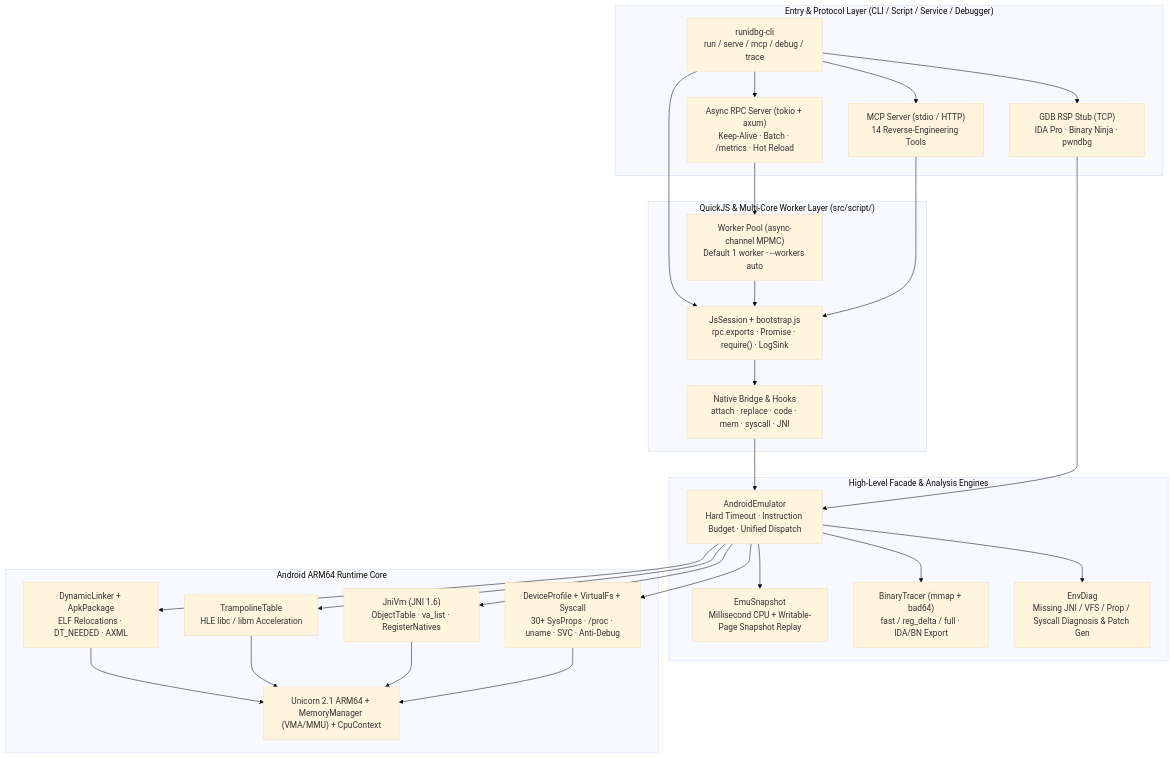
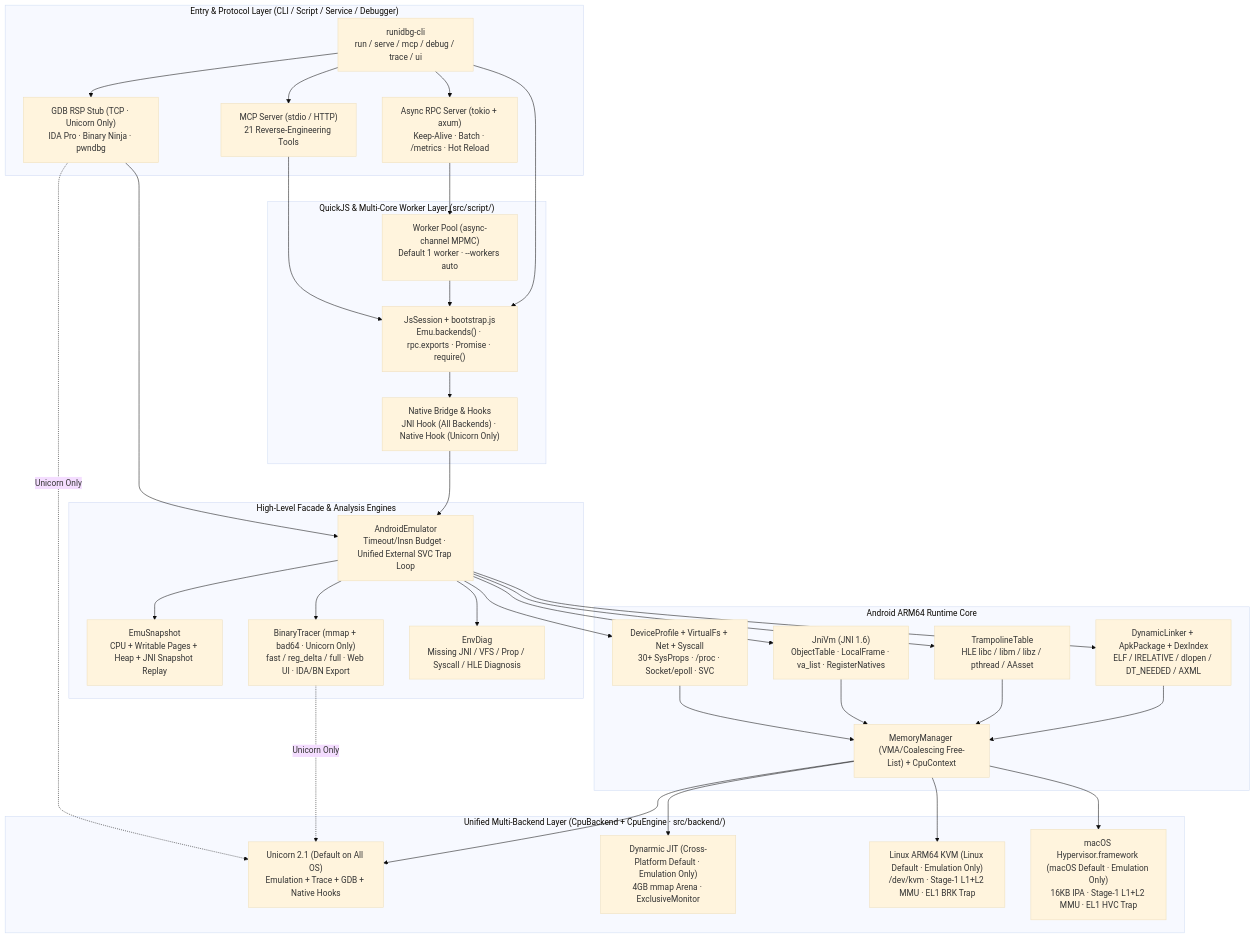
The fourth of 4 diagrams in README_EN.md (Elliot0215/runidbg), drawn with Mermaid (base theme) before and after one commit. The commit also changed other lines of this file and 1 other file, not shown here.

Commit message:
docs: update README and architecture diagrams for v0.4.0 multi-backend engine

````diff
--- a/README_EN.md
+++ b/README_EN.md
@@ -124,52 +153,67 @@
 ```mermaid
 flowchart TB
     subgraph Entry["Entry & Protocol Layer (CLI / Script / Service / Debugger)"]
-        CLI["runidbg-cli\nrun / serve / mcp / debug / trace"]
+        CLI["runidbg-cli\nrun / serve / mcp / debug / trace / ui"]
         RPC["Async RPC Server (tokio + axum)\nKeep-Alive · Batch · /metrics · Hot Reload"]
-        MCP["MCP Server (stdio / HTTP)\n14 Reverse-Engineering Tools"]
-        GDB["GDB RSP Stub (TCP)\nIDA Pro · Binary Ninja · pwndbg"]
+        MCP["MCP Server (stdio / HTTP)\n21 Reverse-Engineering Tools"]
+        GDB["GDB RSP Stub (TCP · Unicorn Only)\nIDA Pro · Binary Ninja · pwndbg"]
     end
 
     subgraph ScriptLayer["QuickJS & Multi-Core Worker Layer (src/script/)"]
         Pool["Worker Pool (async-channel MPMC)\nDefault 1 worker · --workers auto"]
-        Session["JsSession + bootstrap.js\nrpc.exports · Promise · require() · LogSink"]
-        Bridge["Native Bridge & Hooks\nattach · replace · code · mem · syscall · JNI"]
+        Session["JsSession + bootstrap.js\nEmu.backends() · rpc.exports · Promise · require()"]
+        Bridge["Native Bridge & Hooks\nJNI Hook (All Backends) · Native Hook (Unicorn Only)"]
     end
 
     subgraph Facade["High-Level Facade & Analysis Engines"]
-        Emu["AndroidEmulator\nHard Timeout · Instruction Budget · Unified Dispatch"]
-        Snap["EmuSnapshot\nMillisecond CPU + Writable-Page Snapshot Replay"]
-        Tracer["BinaryTracer (mmap + bad64)\nfast / reg_delta / full · IDA/BN Export"]
-        Diag["EnvDiag\nMissing JNI / VFS / Prop / Syscall Diagnosis & Patch Gen"]
+        Emu["AndroidEmulator\nTimeout/Insn Budget · Unified External SVC Trap Loop"]
+        Snap["EmuSnapshot\nCPU + Writable Pages + Heap + JNI Snapshot Replay"]
+        Tracer["BinaryTracer (mmap + bad64 · Unicorn Only)\nfast / reg_delta / full · Web UI · IDA/BN Export"]
+        Diag["EnvDiag\nMissing JNI / VFS / Prop / Syscall / HLE Diagnosis"]
     end
 
     subgraph Runtime["Android ARM64 Runtime Core"]
-        Loader["DynamicLinker + ApkPackage\nELF Relocations · DT_NEEDED · AXML"]
-        HLE["TrampolineTable\nHLE libc / libm Acceleration"]
-        JNI["JniVm (JNI 1.6)\nObjectTable · va_list · RegisterNatives"]
-        OS["DeviceProfile + VirtualFs + Syscall\n30+ SysProps · /proc · uname · SVC · Anti-Debug"]
-        Core["Unicorn 2.1 ARM64 + MemoryManager (VMA/MMU) + CpuContext"]
+        Loader["DynamicLinker + ApkPackage + DexIndex\nELF / IRELATIVE / dlopen / DT_NEEDED / AXML"]
+        HLE["TrampolineTable\nHLE libc / libm / libz / pthread / AAsset"]
+        JNI["JniVm (JNI 1.6)\nObjectTable · LocalFrame · va_list · RegisterNatives"]
+        OS["DeviceProfile + VirtualFs + Net + Syscall\n30+ SysProps · /proc · Socket/epoll · SVC"]
+        Mem["MemoryManager (VMA/Coalescing Free-List) + CpuContext"]
+    end
+
+    subgraph Backends["Unified Multi-Backend Layer (CpuBackend + CpuEngine · src/backend/)"]
+        UC["Unicorn 2.1 (Default on All OS)\nEmulation + Trace + GDB + Native Hooks"]
+        DYN["Dynarmic JIT (Cross-Platform Default · Emulation Only)\n4GB mmap Arena · ExclusiveMonitor"]
+        KVM["Linux ARM64 KVM (Linux Default · Emulation Only)\n/dev/kvm · Stage-1 L1+L2 MMU · EL1 BRK Trap"]
+        HVF["macOS Hypervisor.framework (macOS Default · Emulation Only)\n16KB IPA · Stage-1 L1+L2 MMU · EL1 HVC Trap"]
     end
 
     CLI --> RPC
     CLI --> MCP
     CLI --> GDB
     CLI --> Session
 
     RPC --> Pool --> Session
     MCP --> Session
     Session --> Bridge --> Emu
     GDB --> Emu
 
     Emu --> Snap
     Emu --> Tracer
     Emu --> Diag
     Emu --> Loader
     Emu --> HLE
     Emu --> JNI
     Emu --> OS
-    Loader --> Core
-    HLE --> Core
-    JNI --> Core
-    OS --> Core
+
+    Loader --> Mem
+    HLE --> Mem
+    JNI --> Mem
+    OS --> Mem
+
+    Mem --> UC
+    Mem --> DYN
+    Mem --> KVM
+    Mem --> HVF
+    Tracer -. Unicorn Only .-> UC
+    GDB -. Unicorn Only .-> UC
 ```
````
